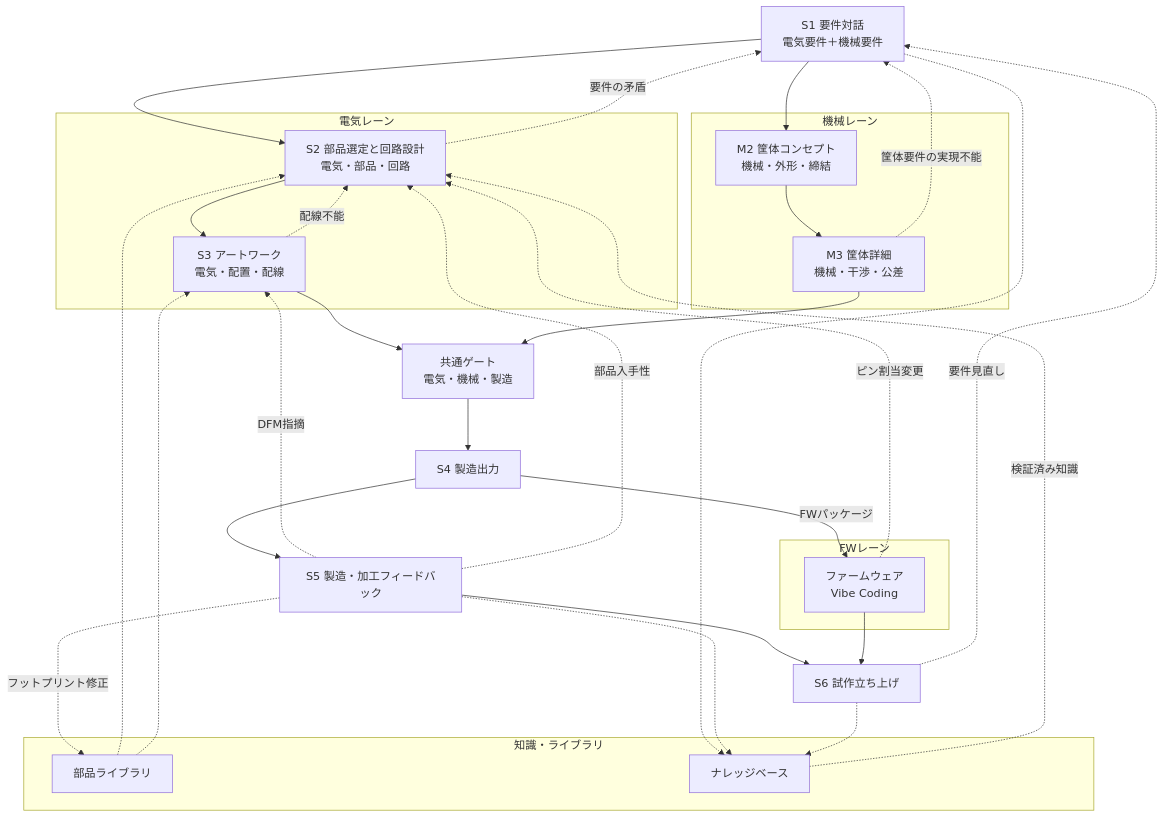
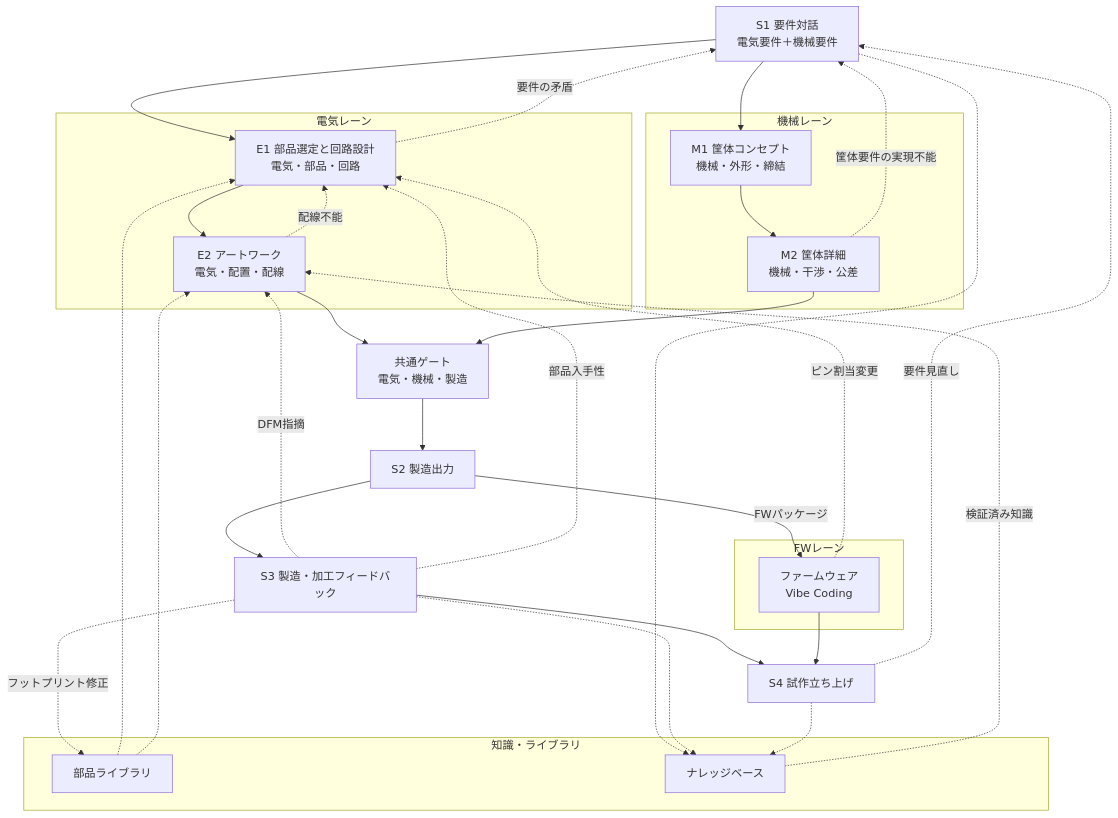
One commit to uist1idrju3i/acd-agent changed the first of 2 diagrams in docs/design-flow.md. Above: the diagram before and after it, drawn with Mermaid. The commit also changed other lines of this file and 11 other files, not shown here.

````diff
--- a/docs/design-flow.md
+++ b/docs/design-flow.md
@@ -12,44 +12,44 @@
 ```mermaid
 flowchart TB
     S1["S1 要件対話<br/>電気要件＋機械要件"]
     subgraph ELEC["電気レーン"]
-        E2["S2 部品選定と回路設計<br/>電気・部品・回路"]
-        E3["S3 アートワーク<br/>電気・配置・配線"]
+        E1["E1 部品選定と回路設計<br/>電気・部品・回路"]
+        E2["E2 アートワーク<br/>電気・配置・配線"]
     end
     subgraph MECH["機械レーン"]
-        M2["M2 筐体コンセプト<br/>機械・外形・締結"]
-        M3["M3 筐体詳細<br/>機械・干渉・公差"]
+        M1["M1 筐体コンセプト<br/>機械・外形・締結"]
+        M2["M2 筐体詳細<br/>機械・干渉・公差"]
     end
     subgraph FWLANE["FWレーン"]
         FW["ファームウェア<br/>Vibe Coding"]
     end
     subgraph KNOW["知識・ライブラリ"]
         LIB["部品ライブラリ"]
         KB["ナレッジベース"]
     end
-    S1 --> E2
-    S1 --> M2
-    E2 --> E3
-    M2 --> M3
-    E3 --> G["共通ゲート<br/>電気・機械・製造"]
-    M3 --> G
-    G --> S4["S4 製造出力"]
-    S4 --> S5["S5 製造・加工フィードバック"]
-    S5 --> S6["S6 試作立ち上げ"]
-    S6 -.->|要件見直し| S1
-    S4 -->|FWパッケージ| FW
-    FW --> S6
+    S1 --> E1
+    S1 --> M1
+    E1 --> E2
+    M1 --> M2
+    E2 --> G["共通ゲート<br/>電気・機械・製造"]
+    M2 --> G
+    G --> S2["S2 製造出力"]
+    S2 --> S3["S3 製造・加工フィードバック"]
+    S3 --> S4["S4 試作立ち上げ"]
+    S4 -.->|要件見直し| S1
+    S2 -->|FWパッケージ| FW
+    FW --> S4
+    LIB -.-> E1
     LIB -.-> E2
-    LIB -.-> E3
-    E2 -.->|要件の矛盾| S1
-    E3 -.->|配線不能| E2
-    M3 -.->|筐体要件の実現不能| S1
-    S5 -.->|DFM指摘| E3
-    S5 -.->|部品入手性| E2
-    S5 -.->|フットプリント修正| LIB
-    FW -.->|ピン割当変更| E2
+    E1 -.->|要件の矛盾| S1
+    E2 -.->|配線不能| E1
+    M2 -.->|筐体要件の実現不能| S1
+    S3 -.->|DFM指摘| E2
+    S3 -.->|部品入手性| E1
+    S3 -.->|フットプリント修正| LIB
+    FW -.->|ピン割当変更| E1
     KB -.->|検証済み知識| E2
     S1 -.-> KB
-    S5 -.-> KB
-    S6 -.-> KB
+    S3 -.-> KB
+    S4 -.-> KB
 ```
````
